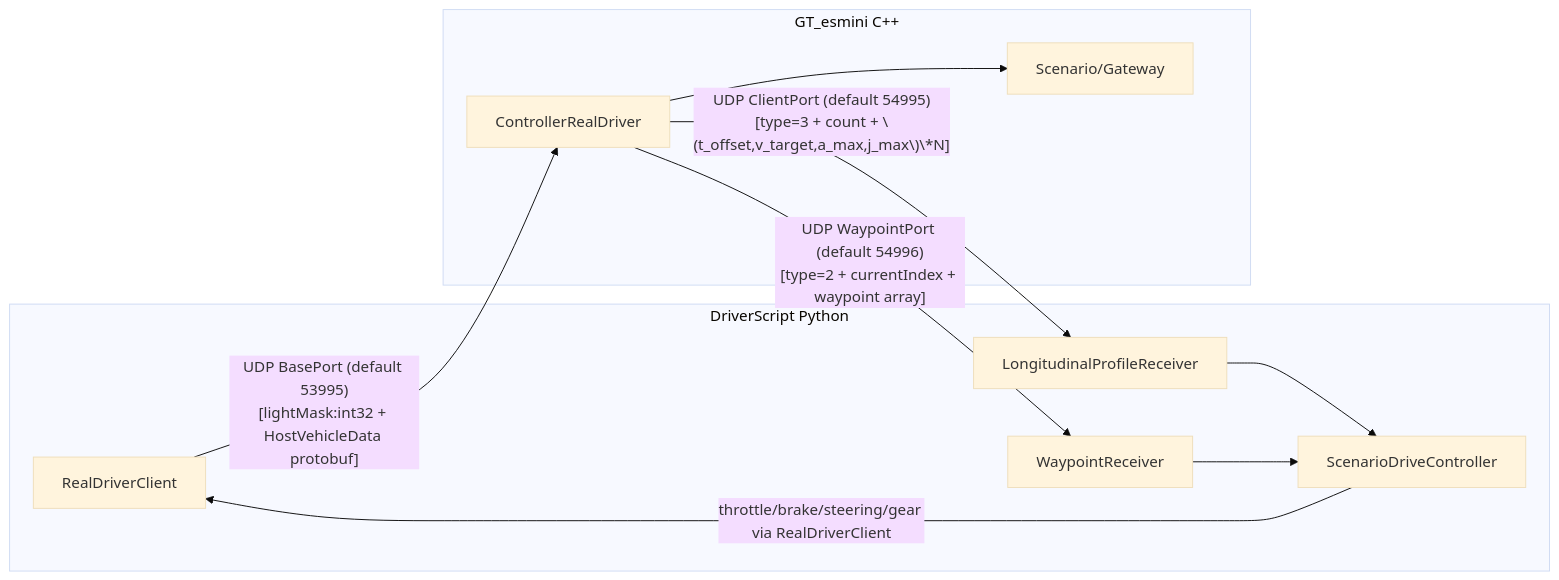
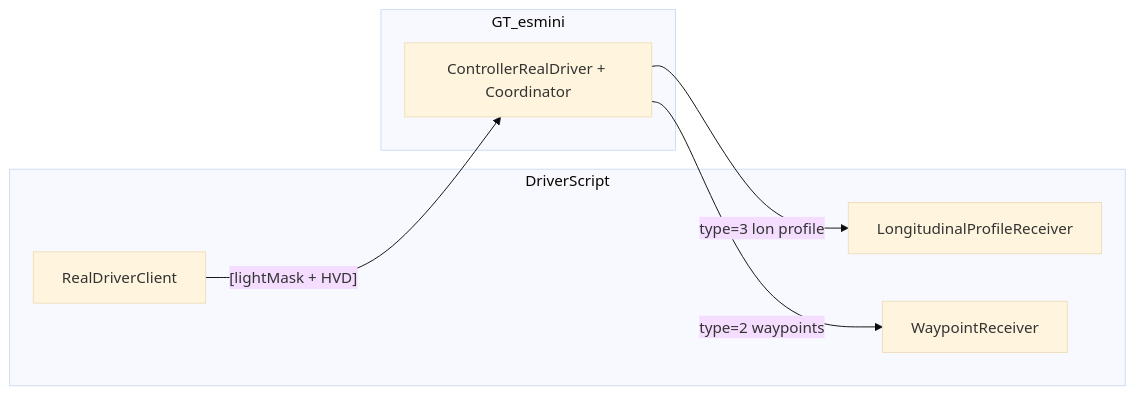
One commit to GT-karny/esmini changed the fifth of 5 diagrams in GT_esmini/docs/controller_real_driver_logic.md. Above: the diagram before and after it, drawn with Mermaid (base theme). The commit also changed other lines of this file and 5 other files, not shown here.

````diff
--- a/GT_esmini/docs/controller_real_driver_logic.md
+++ b/GT_esmini/docs/controller_real_driver_logic.md
@@ -215,22 +183,16 @@
 ```mermaid
 flowchart LR
-    subgraph PY[DriverScript Python]
+    subgraph PY[DriverScript]
         RC[RealDriverClient]
-        SR[ScenarioDriveController]
-        TSR[LongitudinalProfileReceiver]
-        WPR[WaypointReceiver]
+        LR[LongitudinalProfileReceiver]
+        WR[WaypointReceiver]
     end
 
-    subgraph CPP[GT_esmini C++]
-        CRD[ControllerRealDriver]
-        SG[Scenario/Gateway]
+    subgraph CPP[GT_esmini]
+        CRD[ControllerRealDriver + Coordinator]
     end
 
-    RC -- "UDP BasePort (default 53995)\n[lightMask:int32 + HostVehicleData protobuf]" --> CRD
-    CRD -- "UDP ClientPort (default 54995)\n[type=3 + count + \(t_offset,v_target,a_max,j_max\)\*N]" --> TSR
-    CRD -- "UDP WaypointPort (default 54996)\n[type=2 + currentIndex + waypoint array]" --> WPR
-    TSR --> SR
-    WPR --> SR
-    SR -- "throttle/brake/steering/gear via RealDriverClient" --> RC
-    CRD --> SG
+    RC -- "[lightMask + HVD]" --> CRD
+    CRD -- "type=3 lon profile" --> LR
+    CRD -- "type=2 waypoints" --> WR
 ```
````
